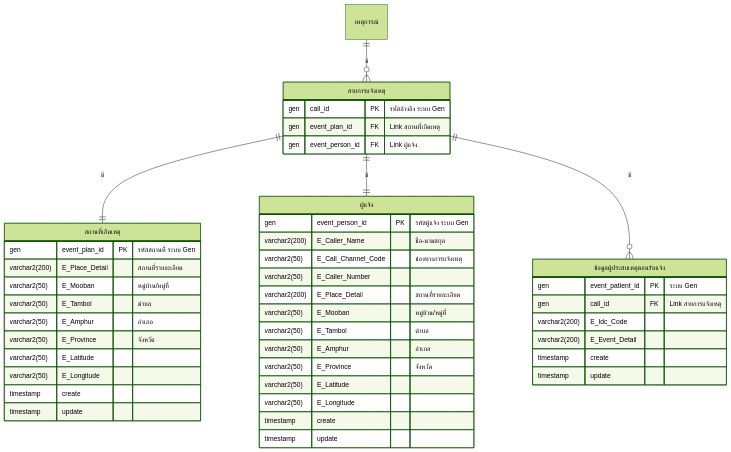
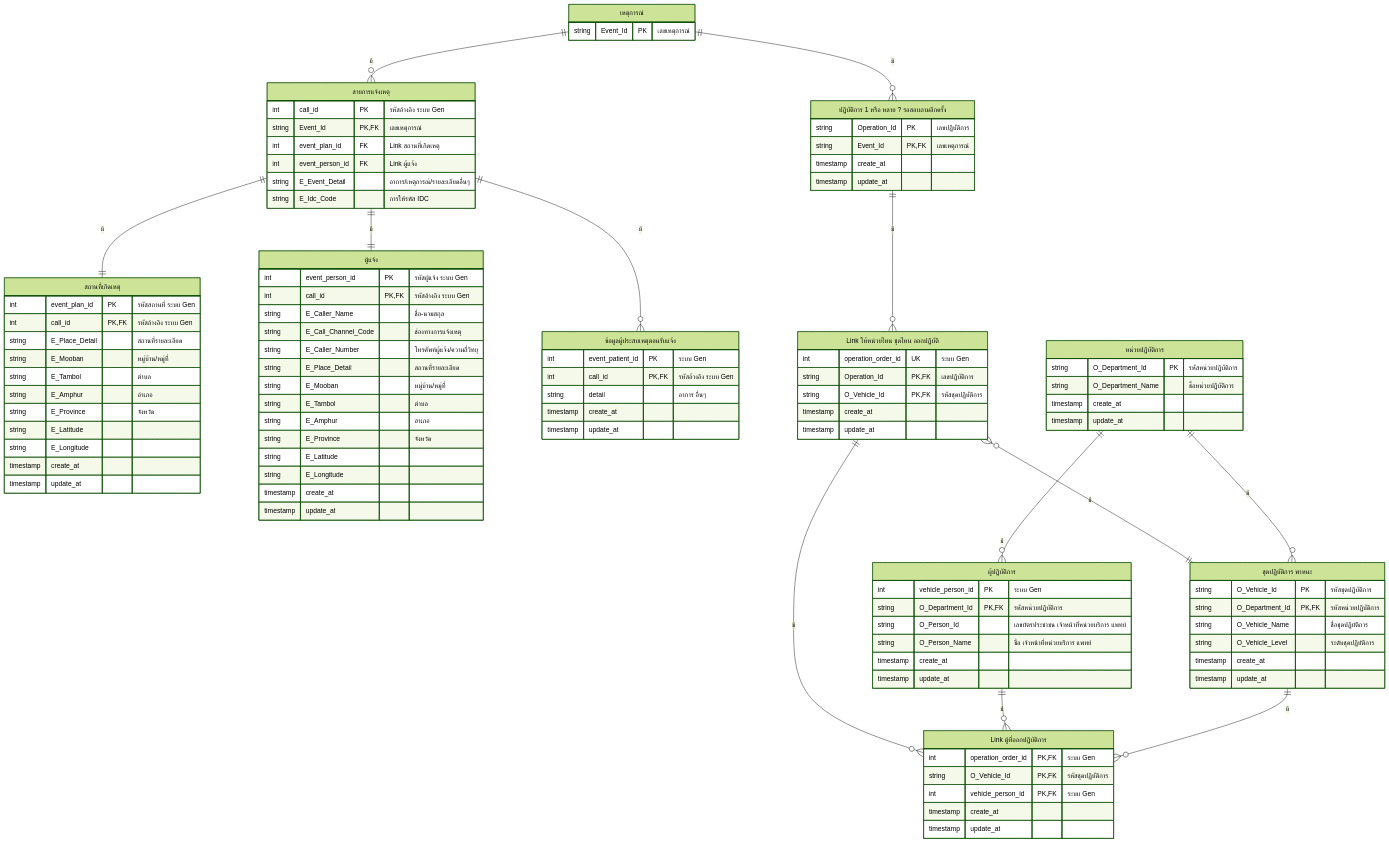
The diagram in ER.md (lionants02/iD-EMS), drawn with Mermaid (forest theme) before and after one commit.

````diff
--- a/ER.md
+++ b/ER.md
@@ -3,46 +3,53 @@
 ```mermaid
 erDiagram
-    event["เหตุการณ์"]
-
+    event["เหตุการณ์"]{
+        string Event_Id PK "เลขเหตุการณ์"
+    }
+    
     call["สายการแจ้งเหตุ"] {
-        gen call_id PK "รหัสอ้างอิง ระบบ Gen"
-        gen event_plan_id FK "Link สถานที่เกิดเหตุ"
-        gen event_person_id FK "Link ผู้แจ้ง"
+        int call_id PK "รหัสอ้างอิง ระบบ Gen"
+        string Event_Id PK,FK "เลขเหตุการณ์"
+        int event_plan_id FK "Link สถานที่เกิดเหตุ"
+        int event_person_id FK "Link ผู้แจ้ง"
+        string E_Event_Detail"อาการ/เหตุการณ์/รายละเอียดอื่นๆ"
+        string E_Idc_Code"การให้รหัส IDC"
+        
     }
     call_plan["สถานที่เกิดเหตุ"]{
-        gen event_plan_id PK "รหัสสถานที่ ระบบ Gen"
-        varchar2(200) E_Place_Detail"สถานที่รายละเอียด"
-        varchar2(50) E_Mooban"หมู่บ้าน/หมู่ที่"
-        varchar2(50) E_Tambol"ตำบล"
-        varchar2(50) E_Amphur"อำเภอ"
-        varchar2(50) E_Province"จังหวัด"
-        varchar2(50) E_Latitude
-        varchar2(50) E_Longitude
-        timestamp create
-        timestamp update
+        int event_plan_id PK "รหัสสถานที่ ระบบ Gen"
+        int call_id PK,FK "รหัสอ้างอิง ระบบ Gen"
+        string E_Place_Detail"สถานที่รายละเอียด"
+        string E_Mooban"หมู่บ้าน/หมู่ที่"
+        string E_Tambol"ตำบล"
+        string E_Amphur"อำเภอ"
+        string E_Province"จังหวัด"
+        string E_Latitude
+        string E_Longitude
+        timestamp create_at
+        timestamp update_at
     }
     call_person["ผู้แจ้ง"]{
-        gen event_person_id PK "รหัสผู้แจ้ง ระบบ Gen"
-        varchar2(200) E_Caller_Name"ชื่อ-นามสกุล"
-        varchar2(50) E_Call_Channel_Code"ช่องทางการแจ้งเหตุ"
-        varchar2(50) E_Caller_Number
-        varchar2(200) E_Place_Detail"สถานที่รายละเอียด"
-        varchar2(50) E_Mooban"หมู่บ้าน/หมู่ที่"
-        varchar2(50) E_Tambol"ตำบล"
-        varchar2(50) E_Amphur"อำเภอ"
-        varchar2(50) E_Province"จังหวัด"
-        varchar2(50) E_Latitude
-        varchar2(50) E_Longitude
-        timestamp create
-        timestamp update
+        int event_person_id PK "รหัสผู้แจ้ง ระบบ Gen"
+        int call_id PK,FK "รหัสอ้างอิง ระบบ Gen"
+        string E_Caller_Name"ชื่อ-นามสกุล"
+        string E_Call_Channel_Code"ช่องทางการแจ้งเหตุ"
+        string E_Caller_Number"โทรศัพท์ผู้แจ้ง/ความถี่วิทยุ"
+        string E_Place_Detail"สถานที่รายละเอียด"
+        string E_Mooban"หมู่บ้าน/หมู่ที่"
+        string E_Tambol"ตำบล"
+        string E_Amphur"อำเภอ"
+        string E_Province"จังหวัด"
+        string E_Latitude
+        string E_Longitude
+        timestamp create_at
+        timestamp update_at
     }
     call_patient["ข้อมูลผู้ประสบเหตุตอนรับแจ้ง"]{
-        gen event_patient_id PK "ระบบ Gen"
-        gen call_id FK "Link สายการแจ้งเหตุ"
-        varchar2(200) E_Idc_Code
-        varchar2(200) E_Event_Detail
-        timestamp create
-        timestamp update
+        int event_patient_id PK "ระบบ Gen"
+        int call_id PK,FK "รหัสอ้างอิง ระบบ Gen"
+        string detail "อาการ อื่นๆ"
+        timestamp create_at
+        timestamp update_at
     }
 
     event 1--many call : "มี"
@@ -50,5 +57,60 @@
     call  1--1 call_person : "มี"
     call 1--many call_patient : "มี"
 
+    ope["ปฏิบัติการ 1 หรือ หลาย ? รอสอบถามอีกครั้ง"]{
+        string Operation_Id PK "เลขปฏิบัติการ"
+        string Event_Id PK,FK "เลขเหตุการณ์"
+        timestamp create_at
+        timestamp update_at
+    }
+
+    ope_order_vehicle ["Link ให้หน่วยไหน ชุดไหน ออกปฏิบัติ"]{
+        int operation_order_id UK "ระบบ Gen"
+        string Operation_Id PK,FK "เลขปฏิบัติการ"
+        string O_Vehicle_Id PK,FK "รหัสชุดปฏิบัติการ"
+        timestamp create_at
+        timestamp update_at
+    }
+    
+    organization ["หน่วยปฏิบัติการ"]{
+        string O_Department_Id PK "รหัสหน่วยปฏิบัติการ"
+        string O_Department_Name "ชื่อหน่วยปฏิบัติการ"
+        timestamp create_at
+        timestamp update_at
+    }
+
+    vehicle ["ชุดปฏิบัติการ พาหนะ"]{
+        string O_Vehicle_Id PK "รหัสชุดปฏิบัติการ"
+        string O_Department_Id PK,FK "รหัสหน่วยปฏิบัติการ"
+        string O_Vehicle_Name "ชื่อชุดปฏิบัติการ"
+        string O_Vehicle_Level "ระดับชุดปฏิบัติการ"
+        timestamp create_at
+        timestamp update_at
+    }
+    vehicle_person["ผู้ปฏิบัติการ"]{
+        int vehicle_person_id PK "ระบบ Gen"
+        string O_Department_Id PK,FK "รหัสหน่วยปฏิบัติการ"
+        string O_Person_Id "เลขบัตรประชาชน เจ้าหน้าที่หน่วยบริการ แพทย์"
+        string O_Person_Name "ชื่อ เจ้าหน้าที่หน่วยบริการ แพทย์"
+        timestamp create_at
+        timestamp update_at
+    }
+    vehicle_link_person["Link ผู้ที่ออกปฏิบัติการ"]{
+        int operation_order_id PK,FK "ระบบ Gen"
+        string O_Vehicle_Id PK,FK "รหัสชุดปฏิบัติการ"
+        int vehicle_person_id PK,FK "ระบบ Gen"
+        timestamp create_at
+        timestamp update_at
+    }
+
+    event 1--many ope : "มี"
+    ope 1--many ope_order_vehicle :"มี" 
+    ope_order_vehicle many--1 vehicle: "มี"
+    organization 1--many vehicle : "มี"
+    ope_order_vehicle 1--many vehicle_link_person : "มี"
+    vehicle_person 1--many vehicle_link_person : "มี"
+    vehicle 1--many vehicle_link_person : "มี"
+    organization 1--many vehicle_person : "มี"
+
 
 ```
````
